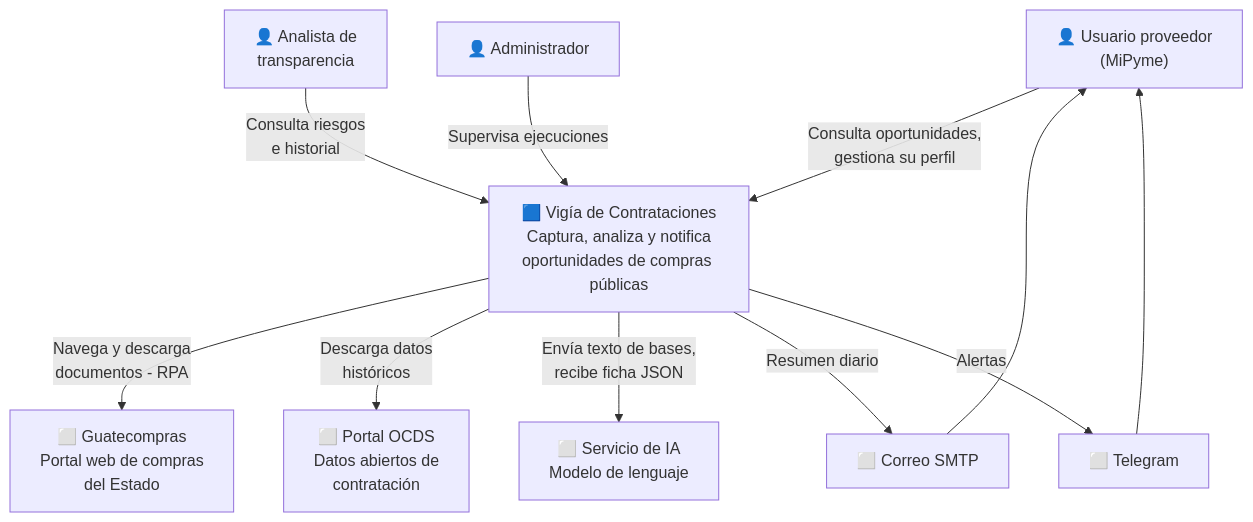
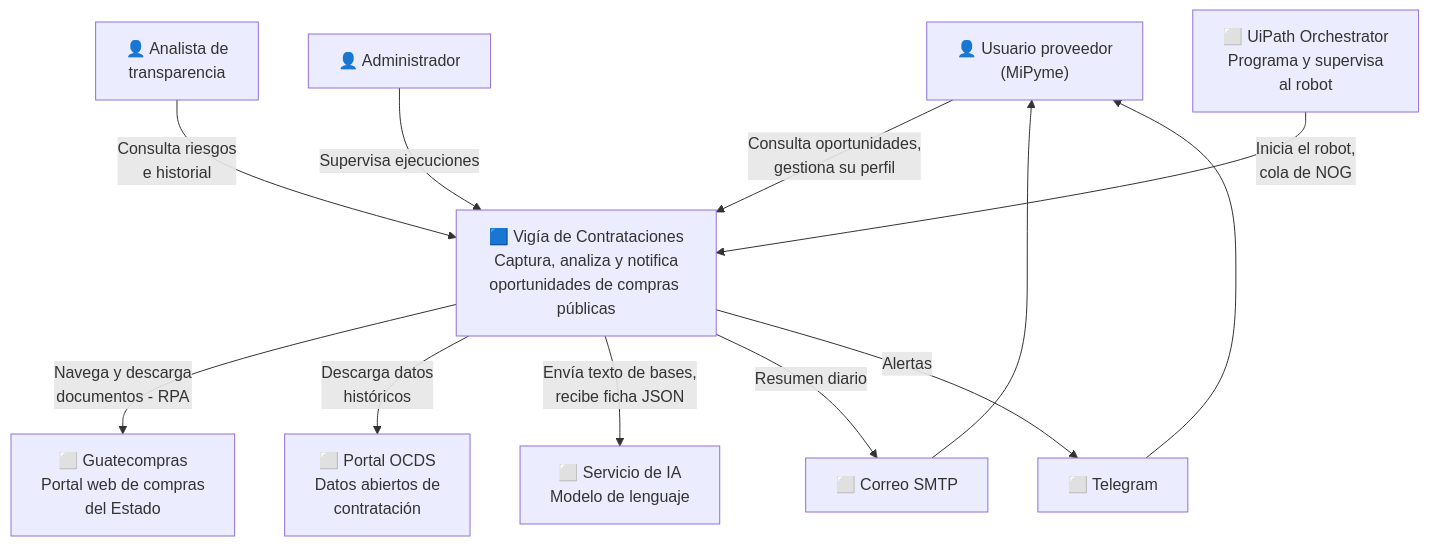
Before and after one commit to DenisArango/GuateComprasRPA: the first of 4 diagrams in docs/05-arquitectura.md, drawn with Mermaid. The commit also changed other lines of this file and 15 other files, not shown here.

````diff
--- a/docs/05-arquitectura.md
+++ b/docs/05-arquitectura.md
@@ -29,26 +29,29 @@
 ```mermaid
 flowchart TB
     U["👤 Usuario proveedor<br/>(MiPyme)"]
     A["👤 Analista de<br/>transparencia"]
     AD["👤 Administrador"]
 
     V["🟦 Vigía de Contrataciones<br/>Captura, analiza y notifica<br/>oportunidades de compras públicas"]
 
     GC["⬜ Guatecompras<br/>Portal web de compras<br/>del Estado"]
     OC["⬜ Portal OCDS<br/>Datos abiertos de<br/>contratación"]
     LLM["⬜ Servicio de IA<br/>Modelo de lenguaje"]
     MAIL["⬜ Correo SMTP"]
     TG["⬜ Telegram"]
 
     U -->|Consulta oportunidades,<br/>gestiona su perfil| V
     A -->|Consulta riesgos<br/>e historial| V
     AD -->|Supervisa ejecuciones| V
 
+    UIP["⬜ UiPath Orchestrator<br/>Programa y supervisa<br/>al robot"]
+
     V -->|Navega y descarga<br/>documentos - RPA| GC
+    UIP -->|Inicia el robot,<br/>cola de NOG| V
     V -->|Descarga datos<br/>históricos| OC
     V -->|Envía texto de bases,<br/>recibe ficha JSON| LLM
     V -->|Resumen diario| MAIL
     V -->|Alertas| TG
     MAIL --> U
     TG --> U
 ```
````
